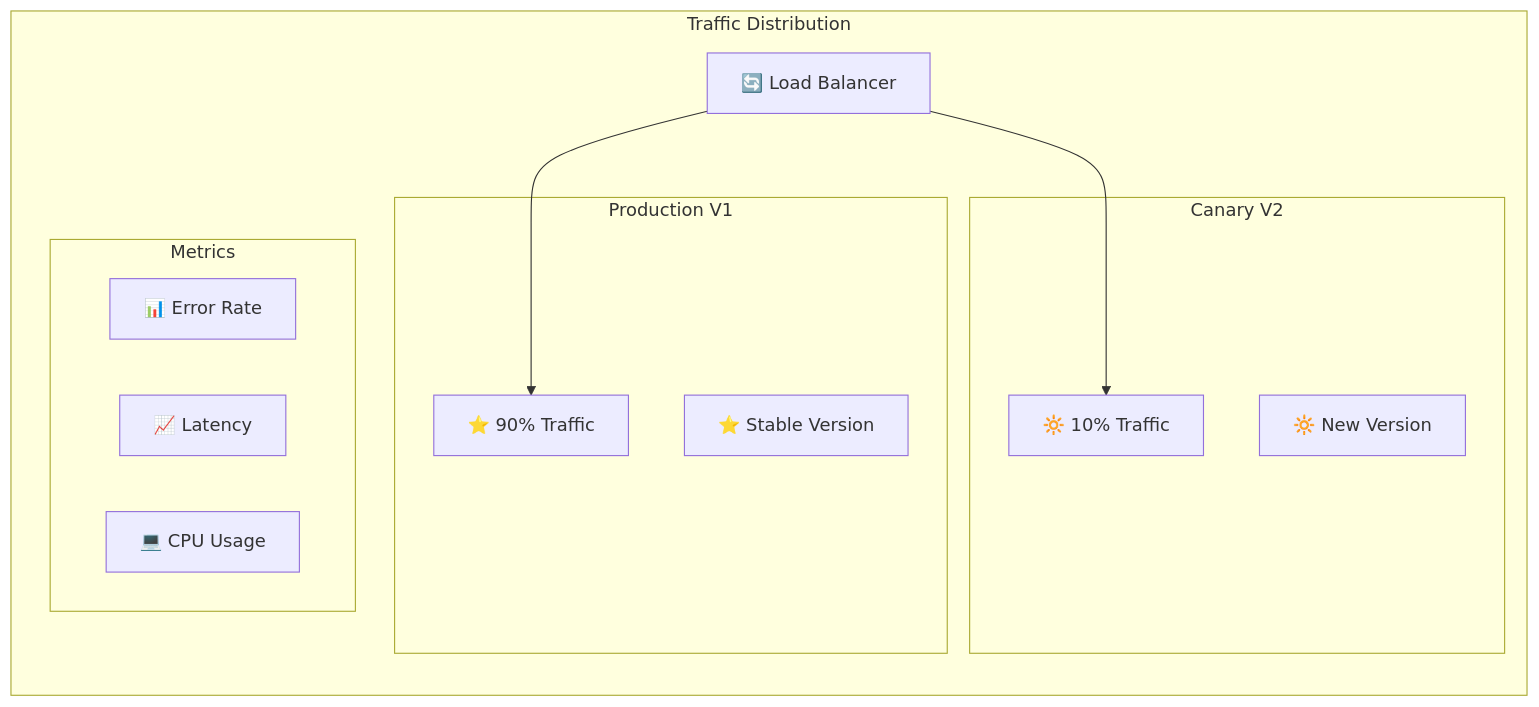
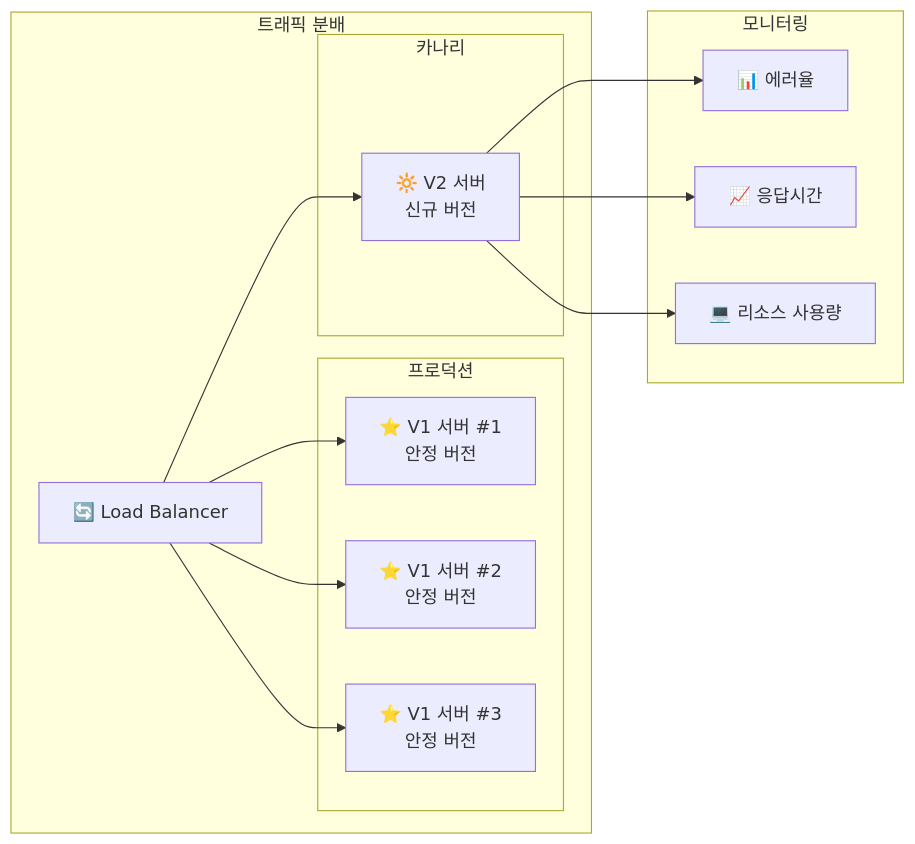
Before and after one commit to zinisuni/aiadd: diagram 20 of 22 in docs/mermaid.md, drawn with Mermaid. The commit also changed other lines of this file, not shown here.

First line of the commit message:
docs: Mermaid 다이어그램 업데이트 및 배포 전략 개선

````diff
--- a/docs/mermaid.md
+++ b/docs/mermaid.md
@@ -451,25 +434,29 @@
 ```mermaid
 flowchart LR
-    subgraph "Traffic Distribution"
+    subgraph Traffic["트래픽 분배"]
         LB["🔄 Load Balancer"]
-
-        subgraph "Production V1"
-            P1["⭐ 90% Traffic"]
-            P2["⭐ Stable Version"]
+        subgraph Prod["프로덕션"]
+            P1["⭐ V1 서버 #1<br/>안정 버전"]
+            P2["⭐ V1 서버 #2<br/>안정 버전"]
+            P3["⭐ V1 서버 #3<br/>안정 버전"]
         end
-
-        subgraph "Canary V2"
-            C1["🔆 10% Traffic"]
-            C2["🔆 New Version"]
-        end
-
-        LB --> P1
-        LB --> C1
-
-        subgraph "Metrics"
-            M1["📊 Error Rate"]
-            M2["📈 Latency"]
-            M3["💻 CPU Usage"]
+        subgraph Canary["카나리"]
+            C1["🔆 V2 서버<br/>신규 버전"]
         end
     end
+
+    subgraph Monitoring["모니터링"]
+        M1["📊 에러율"]
+        M2["📈 응답시간"]
+        M3["💻 리소스 사용량"]
+    end
+
+    LB --> P1
+    LB --> P2
+    LB --> P3
+    LB --> C1
+
+    C1 --> M1
+    C1 --> M2
+    C1 --> M3
 ```
````
